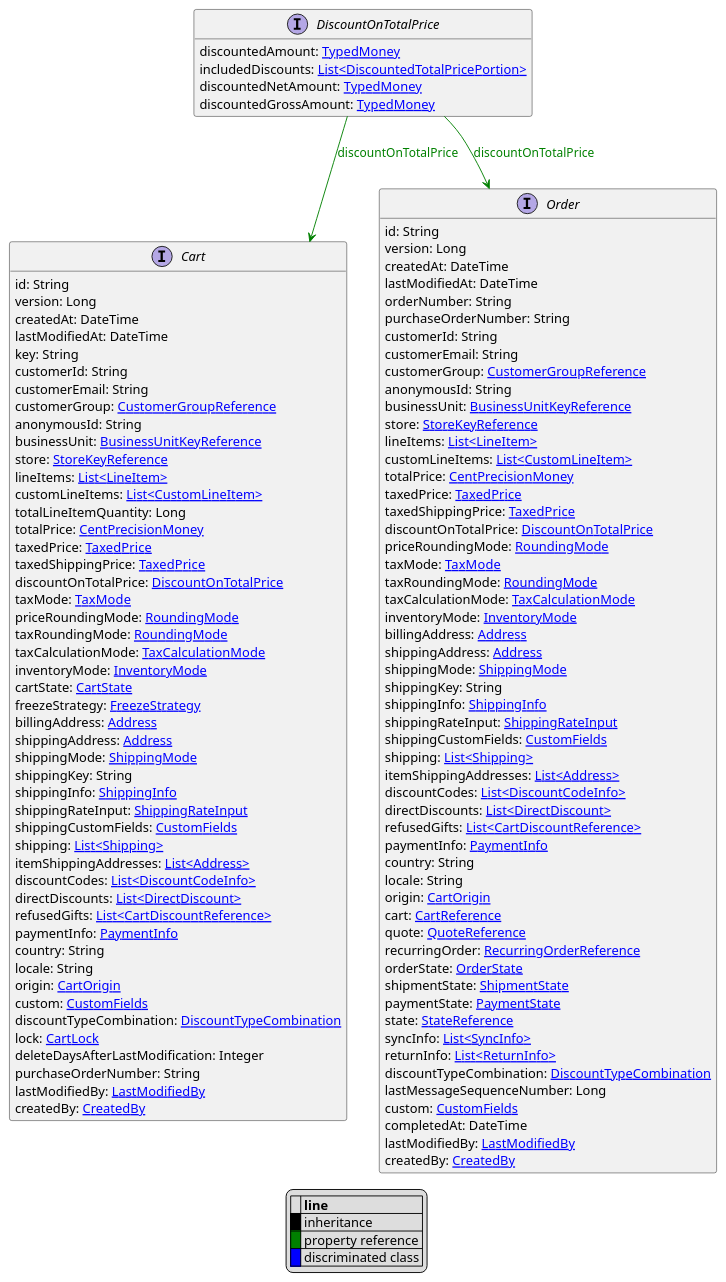
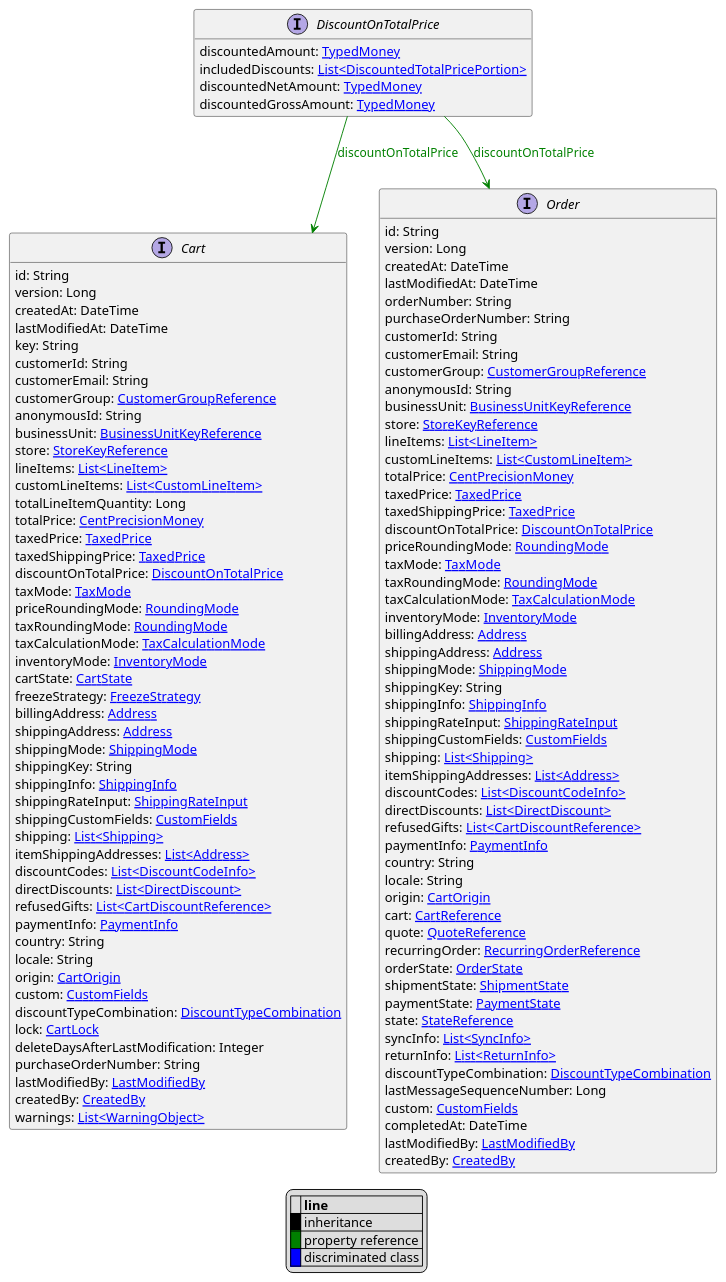
The diagram in uml/api/DiscountOnTotalPrice.puml (commercetools/commercetools-api-reference), drawn with PlantUML before and after one commit. The commit also changed 298 other files, not shown here.

```diff
--- a/uml/api/DiscountOnTotalPrice.puml
+++ b/uml/api/DiscountOnTotalPrice.puml
@@ -1,129 +1,130 @@
 @startuml
 
 hide empty fields
 hide empty methods
 legend
 |= |= line |
 |<back:black>   </back>| inheritance |
 |<back:green>   </back>| property reference |
 |<back:blue>   </back>| discriminated class |
 endlegend
 interface DiscountOnTotalPrice [[DiscountOnTotalPrice.svg]]  {
     discountedAmount: [[TypedMoney.svg TypedMoney]]
     includedDiscounts: [[DiscountedTotalPricePortion.svg List<DiscountedTotalPricePortion>]]
     discountedNetAmount: [[TypedMoney.svg TypedMoney]]
     discountedGrossAmount: [[TypedMoney.svg TypedMoney]]
 }
 
 
 
 interface Cart [[Cart.svg]]  {
     id: String
     version: Long
     createdAt: DateTime
     lastModifiedAt: DateTime
     key: String
     customerId: String
     customerEmail: String
     customerGroup: [[CustomerGroupReference.svg CustomerGroupReference]]
     anonymousId: String
     businessUnit: [[BusinessUnitKeyReference.svg BusinessUnitKeyReference]]
     store: [[StoreKeyReference.svg StoreKeyReference]]
     lineItems: [[LineItem.svg List<LineItem>]]
     customLineItems: [[CustomLineItem.svg List<CustomLineItem>]]
     totalLineItemQuantity: Long
     totalPrice: [[CentPrecisionMoney.svg CentPrecisionMoney]]
     taxedPrice: [[TaxedPrice.svg TaxedPrice]]
     taxedShippingPrice: [[TaxedPrice.svg TaxedPrice]]
     discountOnTotalPrice: [[DiscountOnTotalPrice.svg DiscountOnTotalPrice]]
     taxMode: [[TaxMode.svg TaxMode]]
     priceRoundingMode: [[RoundingMode.svg RoundingMode]]
     taxRoundingMode: [[RoundingMode.svg RoundingMode]]
     taxCalculationMode: [[TaxCalculationMode.svg TaxCalculationMode]]
     inventoryMode: [[InventoryMode.svg InventoryMode]]
     cartState: [[CartState.svg CartState]]
     freezeStrategy: [[FreezeStrategy.svg FreezeStrategy]]
     billingAddress: [[Address.svg Address]]
     shippingAddress: [[Address.svg Address]]
     shippingMode: [[ShippingMode.svg ShippingMode]]
     shippingKey: String
     shippingInfo: [[ShippingInfo.svg ShippingInfo]]
     shippingRateInput: [[ShippingRateInput.svg ShippingRateInput]]
     shippingCustomFields: [[CustomFields.svg CustomFields]]
     shipping: [[Shipping.svg List<Shipping>]]
     itemShippingAddresses: [[Address.svg List<Address>]]
     discountCodes: [[DiscountCodeInfo.svg List<DiscountCodeInfo>]]
     directDiscounts: [[DirectDiscount.svg List<DirectDiscount>]]
     refusedGifts: [[CartDiscountReference.svg List<CartDiscountReference>]]
     paymentInfo: [[PaymentInfo.svg PaymentInfo]]
     country: String
     locale: String
     origin: [[CartOrigin.svg CartOrigin]]
     custom: [[CustomFields.svg CustomFields]]
     discountTypeCombination: [[DiscountTypeCombination.svg DiscountTypeCombination]]
     lock: [[CartLock.svg CartLock]]
     deleteDaysAfterLastModification: Integer
     purchaseOrderNumber: String
     lastModifiedBy: [[LastModifiedBy.svg LastModifiedBy]]
     createdBy: [[CreatedBy.svg CreatedBy]]
+    warnings: [[WarningObject.svg List<WarningObject>]]
 }
 interface Order [[Order.svg]]  {
     id: String
     version: Long
     createdAt: DateTime
     lastModifiedAt: DateTime
     orderNumber: String
     purchaseOrderNumber: String
     customerId: String
     customerEmail: String
     customerGroup: [[CustomerGroupReference.svg CustomerGroupReference]]
     anonymousId: String
     businessUnit: [[BusinessUnitKeyReference.svg BusinessUnitKeyReference]]
     store: [[StoreKeyReference.svg StoreKeyReference]]
     lineItems: [[LineItem.svg List<LineItem>]]
     customLineItems: [[CustomLineItem.svg List<CustomLineItem>]]
     totalPrice: [[CentPrecisionMoney.svg CentPrecisionMoney]]
     taxedPrice: [[TaxedPrice.svg TaxedPrice]]
     taxedShippingPrice: [[TaxedPrice.svg TaxedPrice]]
     discountOnTotalPrice: [[DiscountOnTotalPrice.svg DiscountOnTotalPrice]]
     priceRoundingMode: [[RoundingMode.svg RoundingMode]]
     taxMode: [[TaxMode.svg TaxMode]]
     taxRoundingMode: [[RoundingMode.svg RoundingMode]]
     taxCalculationMode: [[TaxCalculationMode.svg TaxCalculationMode]]
     inventoryMode: [[InventoryMode.svg InventoryMode]]
     billingAddress: [[Address.svg Address]]
     shippingAddress: [[Address.svg Address]]
     shippingMode: [[ShippingMode.svg ShippingMode]]
     shippingKey: String
     shippingInfo: [[ShippingInfo.svg ShippingInfo]]
     shippingRateInput: [[ShippingRateInput.svg ShippingRateInput]]
     shippingCustomFields: [[CustomFields.svg CustomFields]]
     shipping: [[Shipping.svg List<Shipping>]]
     itemShippingAddresses: [[Address.svg List<Address>]]
     discountCodes: [[DiscountCodeInfo.svg List<DiscountCodeInfo>]]
     directDiscounts: [[DirectDiscount.svg List<DirectDiscount>]]
     refusedGifts: [[CartDiscountReference.svg List<CartDiscountReference>]]
     paymentInfo: [[PaymentInfo.svg PaymentInfo]]
     country: String
     locale: String
     origin: [[CartOrigin.svg CartOrigin]]
     cart: [[CartReference.svg CartReference]]
     quote: [[QuoteReference.svg QuoteReference]]
     recurringOrder: [[RecurringOrderReference.svg RecurringOrderReference]]
     orderState: [[OrderState.svg OrderState]]
     shipmentState: [[ShipmentState.svg ShipmentState]]
     paymentState: [[PaymentState.svg PaymentState]]
     state: [[StateReference.svg StateReference]]
     syncInfo: [[SyncInfo.svg List<SyncInfo>]]
     returnInfo: [[ReturnInfo.svg List<ReturnInfo>]]
     discountTypeCombination: [[DiscountTypeCombination.svg DiscountTypeCombination]]
     lastMessageSequenceNumber: Long
     custom: [[CustomFields.svg CustomFields]]
     completedAt: DateTime
     lastModifiedBy: [[LastModifiedBy.svg LastModifiedBy]]
     createdBy: [[CreatedBy.svg CreatedBy]]
 }
 
 DiscountOnTotalPrice --> Cart #green;text:green : "discountOnTotalPrice"
 DiscountOnTotalPrice --> Order #green;text:green : "discountOnTotalPrice"
 @enduml
```
